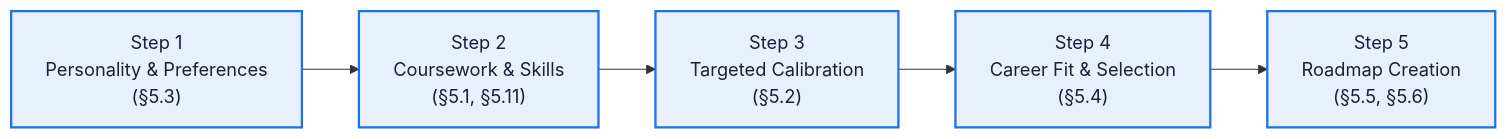
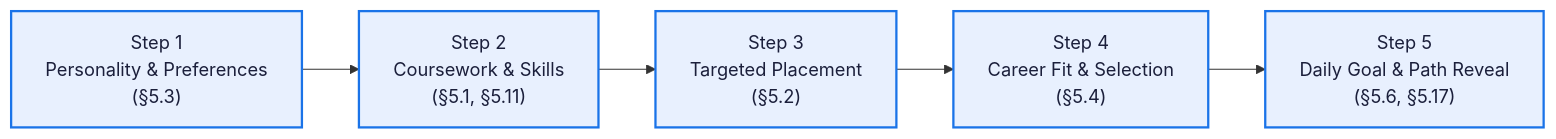
The first of 2 diagrams in docs/05-features-mvp.md (Masar-SCU/Masar), drawn with Mermaid before and after one commit. The commit also changed other lines of this file and 26 other files, not shown here.

First line of the commit message:
docs: master specification revision for atomic roadmap and defect fixes

````diff
--- a/docs/05-features-mvp.md
+++ b/docs/05-features-mvp.md
@@ -44,10 +48,10 @@
 ```mermaid
 flowchart LR
     S1["Step 1<br/>Personality & Preferences<br/>(§5.3)"] --> S2["Step 2<br/>Coursework & Skills<br/>(§5.1, §5.11)"]
-    S2 --> S3["Step 3<br/>Targeted Calibration<br/>(§5.2)"]
+    S2 --> S3["Step 3<br/>Targeted Placement<br/>(§5.2)"]
     S3 --> S4["Step 4<br/>Career Fit & Selection<br/>(§5.4)"]
-    S4 --> S5["Step 5<br/>Roadmap Creation<br/>(§5.5, §5.6)"]
+    S4 --> S5["Step 5<br/>Daily Goal & Path Reveal<br/>(§5.6, §5.17)"]
 
     classDef step fill:#E8F0FE,stroke:#1A73E8,stroke-width:2px,color:#1B1F3B
     class S1,S2,S3,S4,S5 step
 ```
````
